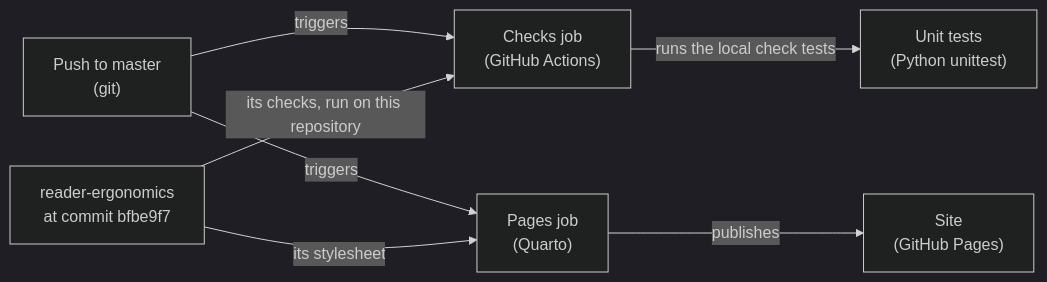
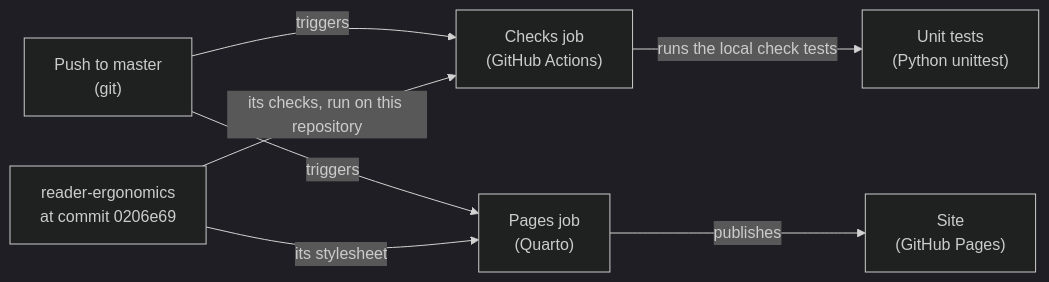
One commit to Tewf/reader-ergonomics-software-design changed the diagram in shapes/system-diagram.md. Above: the diagram before and after it, drawn with Mermaid (dark theme). The commit also changed other lines of this file and 30 other files, not shown here.

First line of the commit message:
Move to reader-ergonomics v1.22.1, release v1.1.1

````diff
--- a/shapes/system-diagram.md
+++ b/shapes/system-diagram.md
@@ -80,9 +80,9 @@
 ```mermaid
 flowchart LR
     push["Push to master<br/>(git)"] -->|"triggers"| checks["Checks job<br/>(GitHub Actions)"]
-    standard["reader-ergonomics<br/>at commit bfbe9f7"] -->|"its checks, run on this repository"| checks
+    standard["reader-ergonomics<br/>at commit 0206e69"] -->|"its checks, run on this repository"| checks
     checks -->|"runs the local check tests"| tests["Unit tests<br/>(Python unittest)"]
     push -->|"triggers"| pages["Pages job<br/>(Quarto)"]
     standard -->|"its stylesheet"| pages
     pages -->|"publishes"| site["Site<br/>(GitHub Pages)"]
 ```
````
